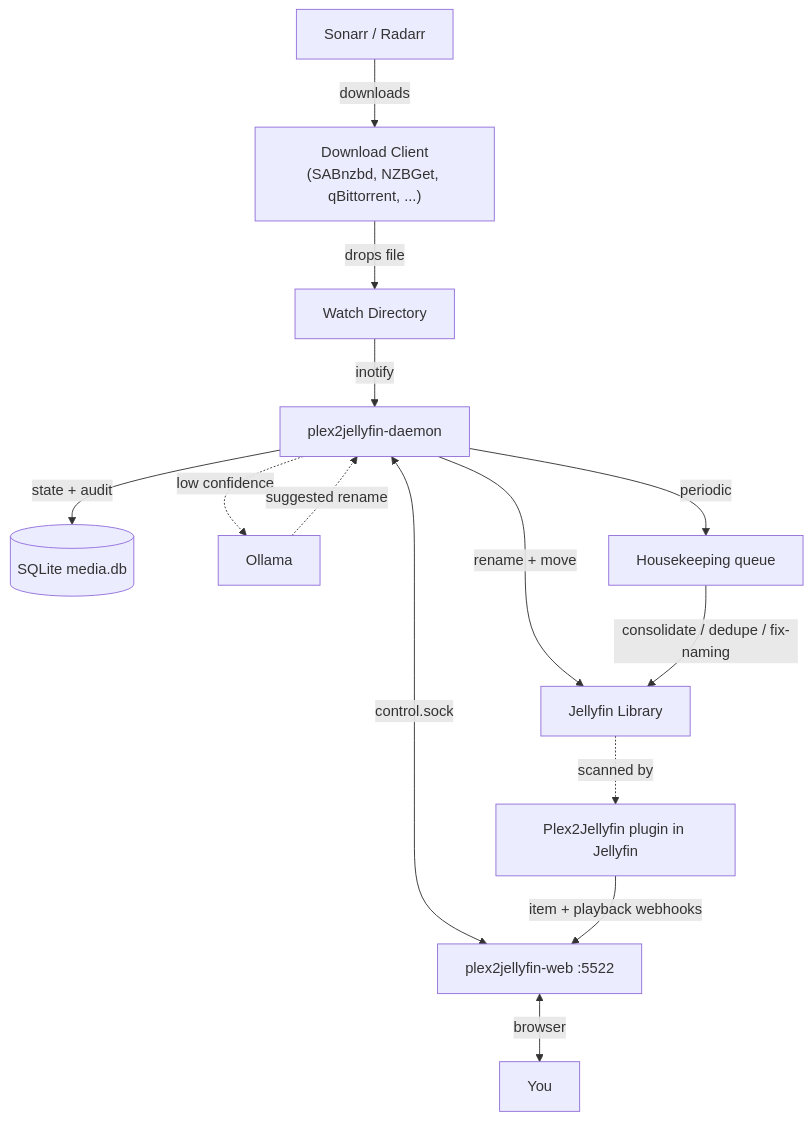
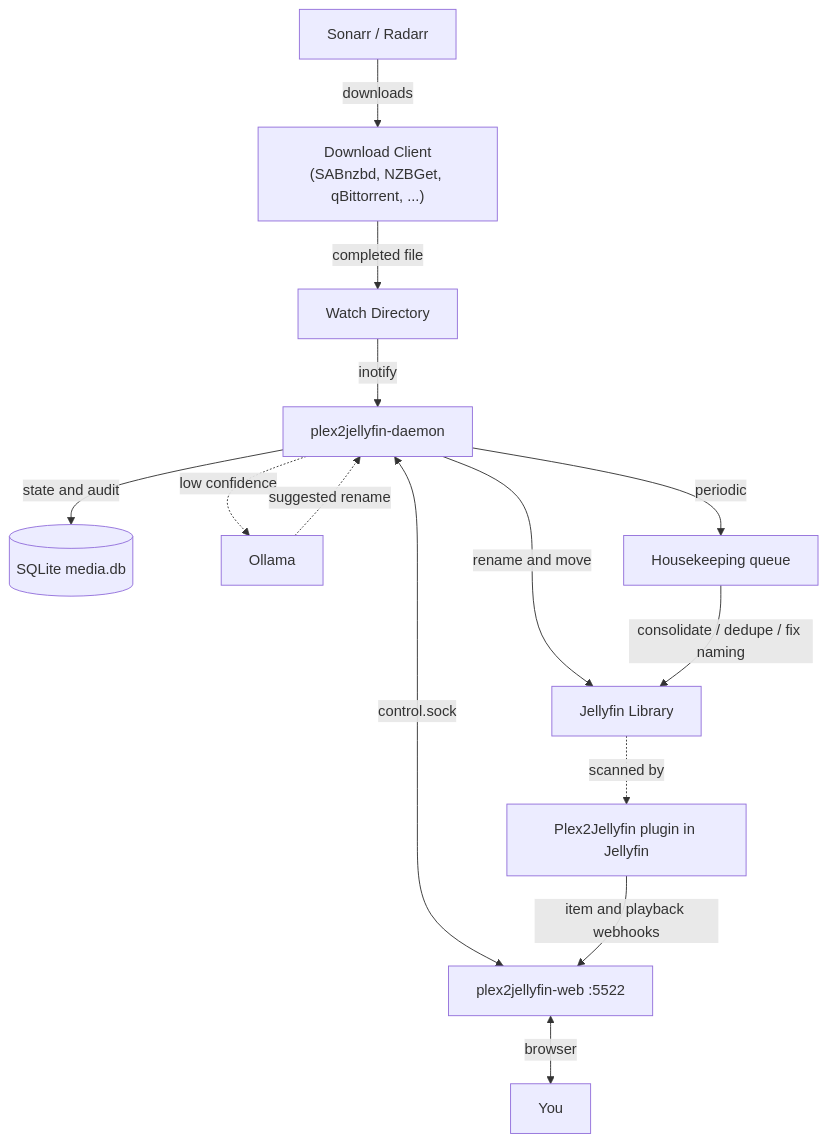
One commit to Nomadcxx/plex2jellyfin changed the diagram in README.md. Above: the diagram before and after it, drawn with Mermaid. The commit also changed other lines of this file, not shown here.

````diff
--- a/README.md
+++ b/README.md
@@ -135,16 +205,16 @@
 ```mermaid
 flowchart TB
     A[Sonarr / Radarr] -->|downloads| B["Download Client<br/>(SABnzbd, NZBGet, qBittorrent, ...)"]
-    B -->|drops file| C[Watch Directory]
+    B -->|completed file| C[Watch Directory]
     C -->|inotify| D[plex2jellyfin-daemon]
-    D -->|rename + move| E[Jellyfin Library]
-    D -->|state + audit| DB[(SQLite media.db)]
+    D -->|rename and move| E[Jellyfin Library]
+    D -->|state and audit| DB[(SQLite media.db)]
     D -.->|low confidence| O[Ollama]
     O -.->|suggested rename| D
     D <-->|control.sock| W[plex2jellyfin-web :5522]
     W <-->|browser| U[You]
     D -->|periodic| H[Housekeeping queue]
-    H -->|consolidate / dedupe / fix-naming| E
-    J[Plex2Jellyfin plugin in Jellyfin] -->|item + playback webhooks| W
+    H -->|consolidate / dedupe / fix naming| E
+    J[Plex2Jellyfin plugin in Jellyfin] -->|item and playback webhooks| W
     E -.->|scanned by| J
 ```
````
